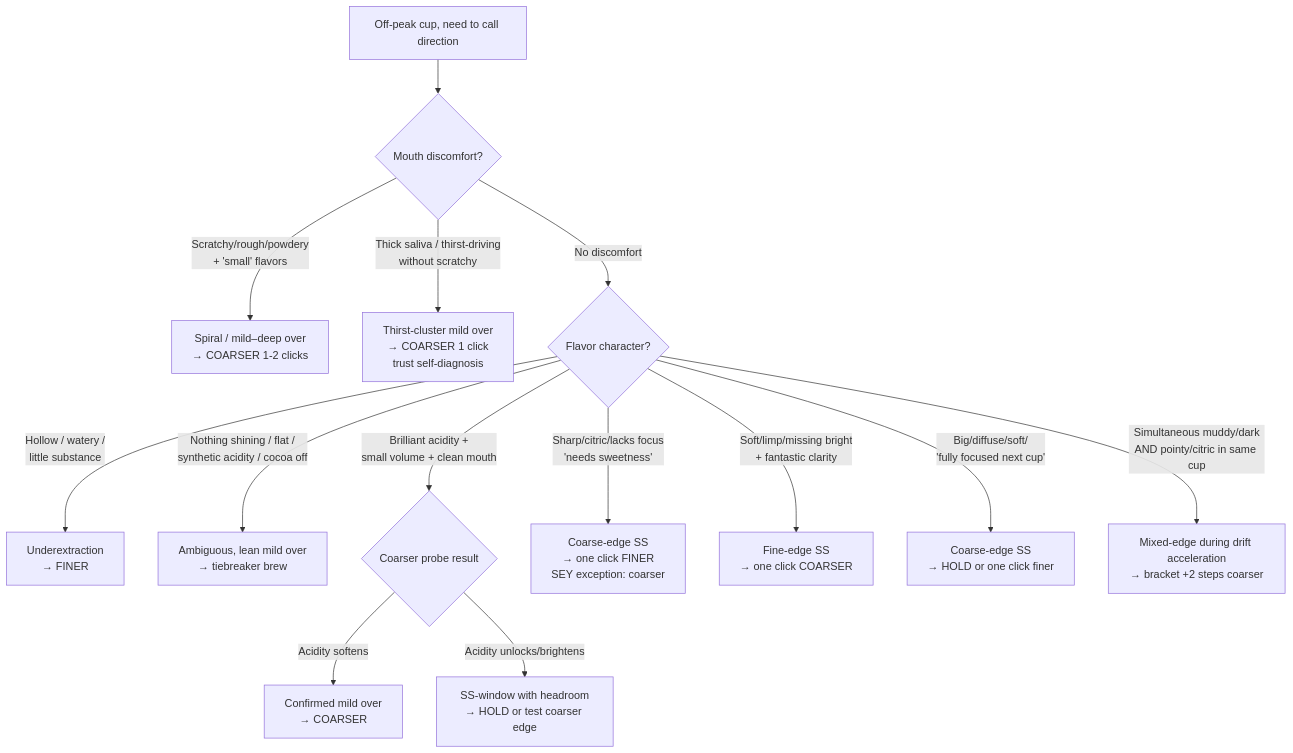
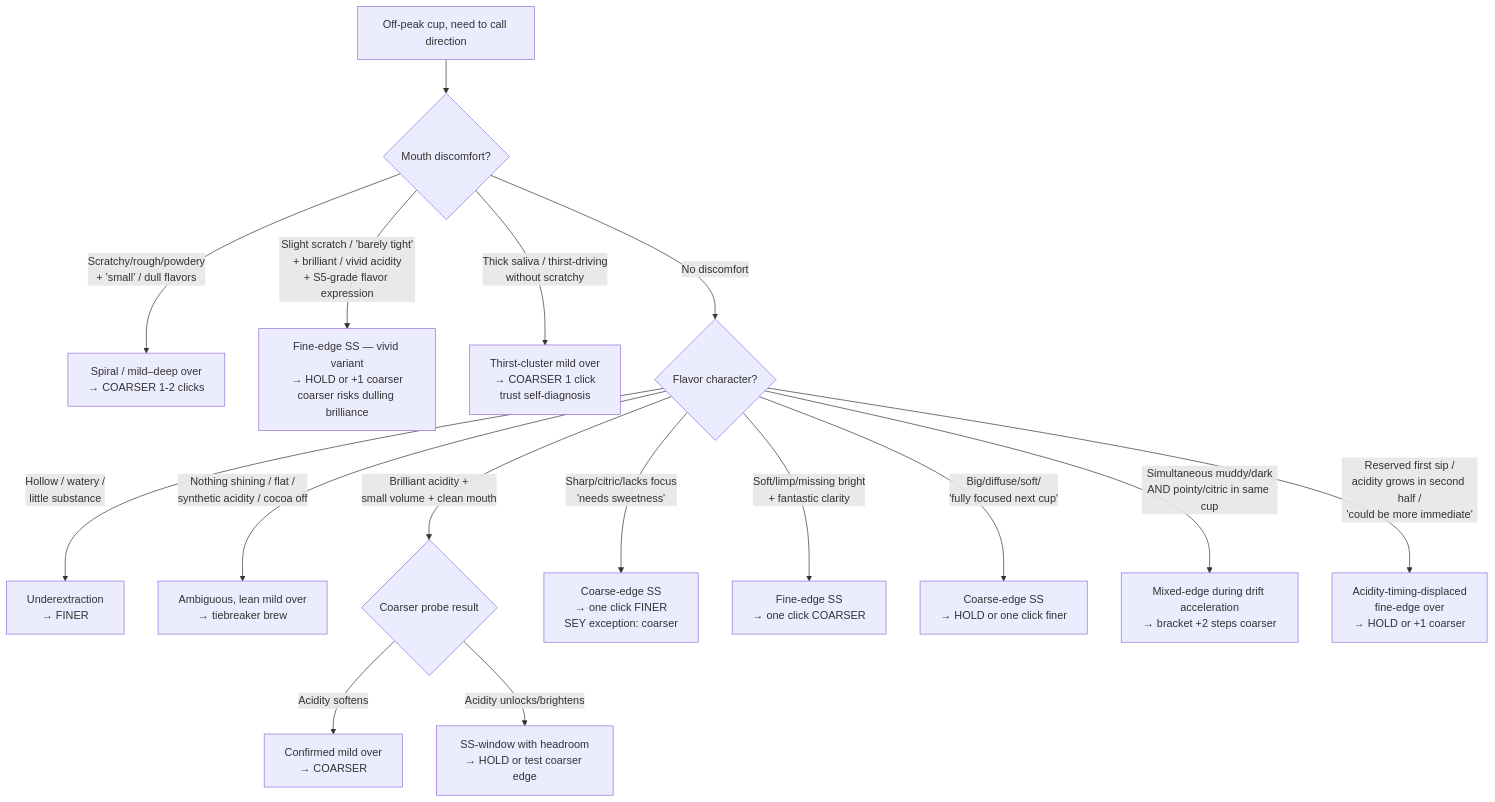
The diagram in joshua-martin/profile.md (manuscriptmastr/coffee-journal), drawn with Mermaid before and after one commit. The commit also changed other lines of this file and 2 other files, not shown here.

````diff
--- a/joshua-martin/profile.md
+++ b/joshua-martin/profile.md
@@ -237,16 +242,18 @@
 ```mermaid
 flowchart TD
     A[Off-peak cup, need to call direction] --> B{Mouth discomfort?}
-    B -->|Scratchy/rough/powdery<br/>+ 'small' flavors| C[Spiral / mild–deep over<br/>→ COARSER 1-2 clicks]
+    B -->|Scratchy/rough/powdery<br/>+ 'small' / dull flavors| C[Spiral / mild–deep over<br/>→ COARSER 1-2 clicks]
+    B -->|Slight scratch / 'barely tight'<br/>+ brilliant / vivid acidity<br/>+ S5-grade flavor expression| V[Fine-edge SS — vivid variant<br/>→ HOLD or +1 coarser<br/>coarser risks dulling brilliance]
     B -->|Thick saliva / thirst-driving<br/>without scratchy| T[Thirst-cluster mild over<br/>→ COARSER 1 click<br/>trust self-diagnosis]
     B -->|No discomfort| D{Flavor character?}
     D -->|Hollow / watery /<br/>little substance| E[Underextraction<br/>→ FINER]
     D -->|Nothing shining / flat /<br/>synthetic acidity / cocoa off| F[Ambiguous, lean mild over<br/>→ tiebreaker brew]
     D -->|Brilliant acidity +<br/>small volume + clean mouth| G{Coarser probe result}
     G -->|Acidity softens| H[Confirmed mild over<br/>→ COARSER]
     G -->|Acidity unlocks/brightens| I[SS-window with headroom<br/>→ HOLD or test coarser edge]
     D -->|Sharp/citric/lacks focus<br/>'needs sweetness'| J[Coarse-edge SS<br/>→ one click FINER<br/>SEY exception: coarser]
     D -->|Soft/limp/missing bright<br/>+ fantastic clarity| K[Fine-edge SS<br/>→ one click COARSER]
     D -->|Big/diffuse/soft/<br/>'fully focused next cup'| L[Coarse-edge SS<br/>→ HOLD or one click finer]
     D -->|Simultaneous muddy/dark<br/>AND pointy/citric in same cup| M[Mixed-edge during drift acceleration<br/>→ bracket +2 steps coarser]
+    D -->|Reserved first sip /<br/>acidity grows in second half /<br/>'could be more immediate'| N[Acidity-timing-displaced<br/>fine-edge over<br/>→ HOLD or +1 coarser]
 ```
````
